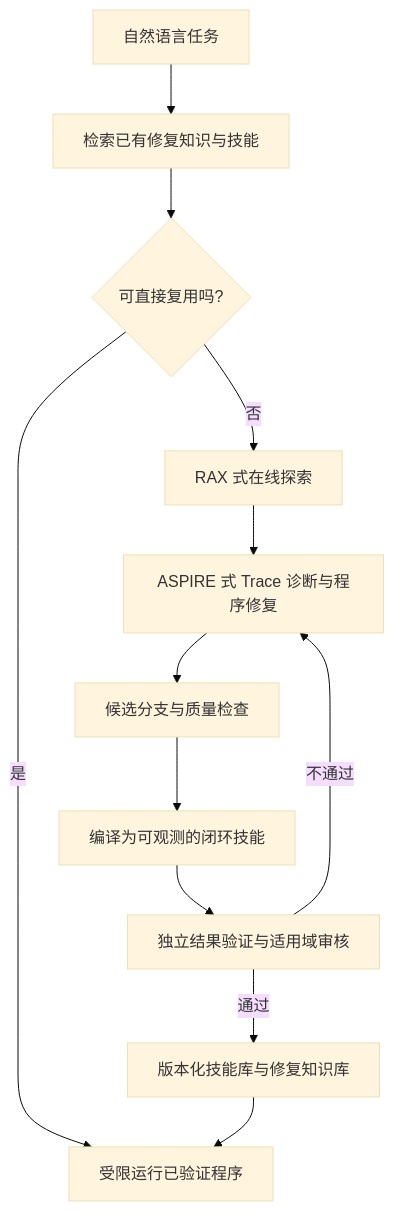
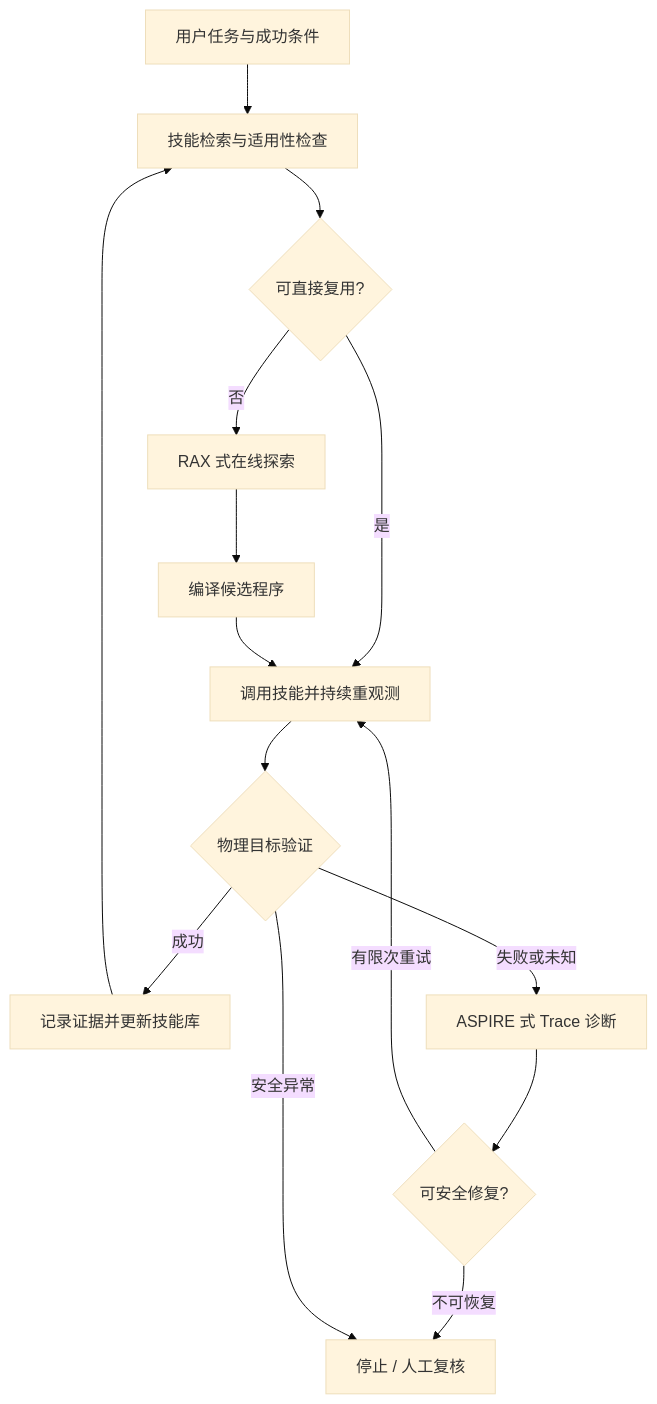
One commit to zengxiong111/Foundation_of_Embodied_AI changed the second of 2 diagrams in md/Robot_Agent_Workflow_ZH.md. Above: the diagram before and after it, drawn with Mermaid (base theme). The commit also changed other lines of this file and 8 other files, not shown here.

````diff
--- a/md/Robot_Agent_Workflow_ZH.md
+++ b/md/Robot_Agent_Workflow_ZH.md
@@ -313,14 +194,17 @@
 ```mermaid
-flowchart TD
- G[自然语言任务] --> M[检索已有修复知识与技能]
- M --> Q{可直接复用吗?}
- Q -- 是 --> R[受限运行已验证程序]
- Q -- 否 --> X[RAX 式在线探索]
- X --> A[ASPIRE 式 Trace 诊断与程序修复]
- A --> E[候选分支与质量检查]
- E --> C[编译为可观测的闭环技能]
- C --> V[独立结果验证与适用域审核]
- V -- 通过 --> L[版本化技能库与修复知识库]
- V -- 不通过 --> A
- L --> R
+flowchart TB
+    U[用户任务与成功条件] --> K[技能检索与适用性检查]
+    K --> D{可直接复用?}
+    D -->|是| X[调用技能并持续重观测]
+    D -->|否| E[RAX 式在线探索]
+    E --> B[编译候选程序]
+    B --> X
+    X --> J{物理目标验证}
+    J -->|成功| M[记录证据并更新技能库]
+    J -->|失败或未知| T[ASPIRE 式 Trace 诊断]
+    T --> F{可安全修复?}
+    F -->|有限次重试| X
+    F -->|不可恢复| H[停止 / 人工复核]
+    J -->|安全异常| H
+    M --> K
 ```
````
